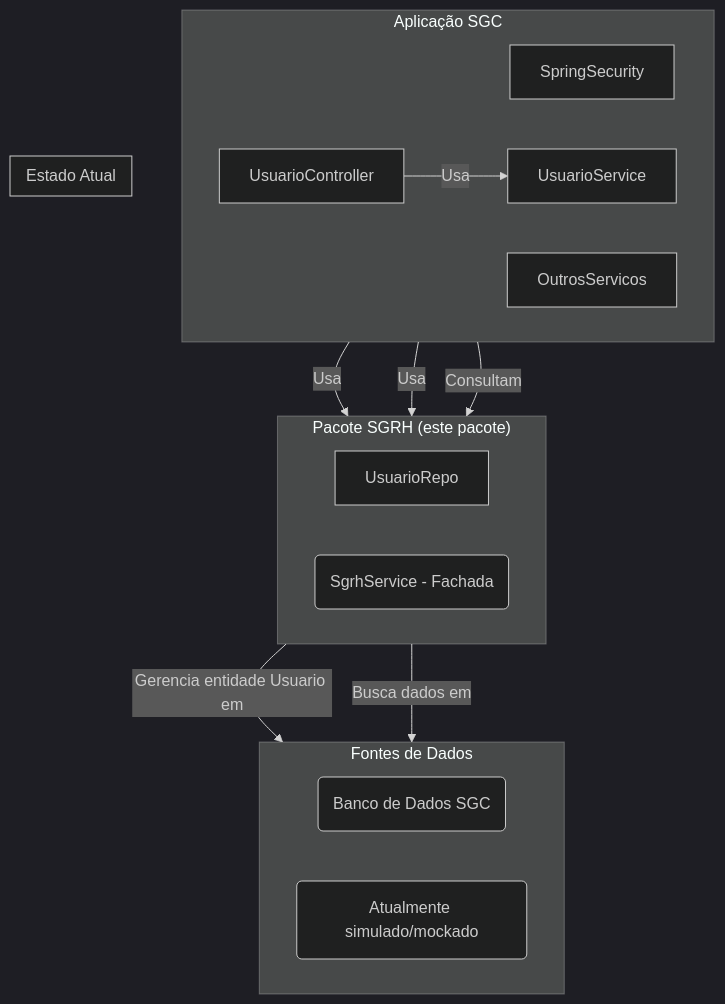
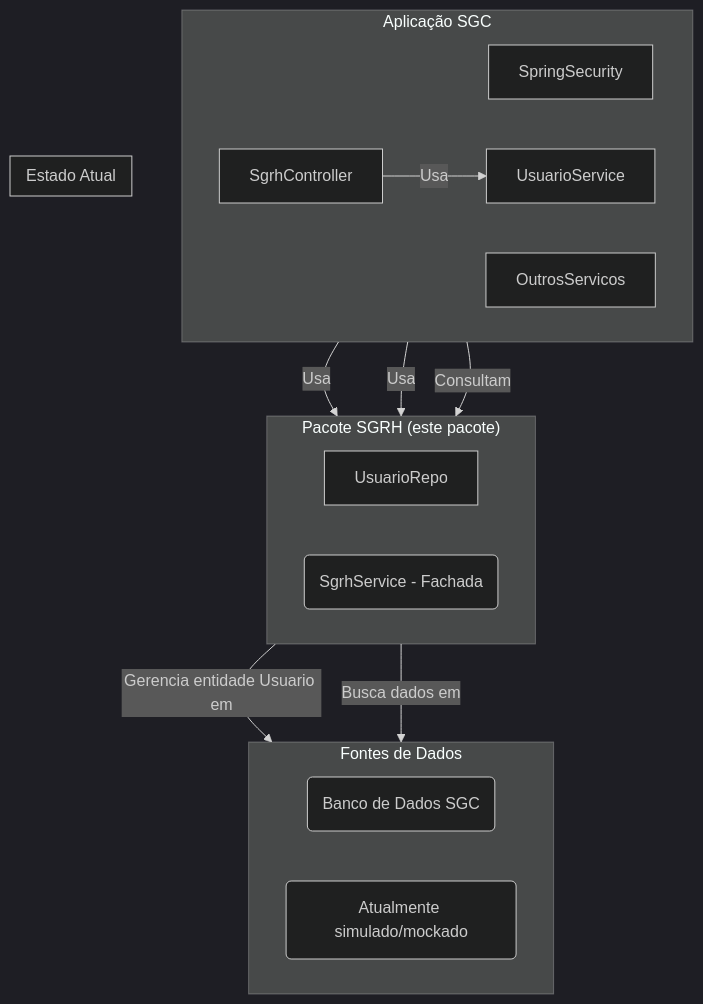
Before and after one commit to lgalvao/sgc: the diagram in backend/src/main/java/sgc/sgrh/README.md, drawn with Mermaid (dark theme). The commit also changed other lines of this file and 15 other files, not shown here.

````diff
--- a/backend/src/main/java/sgc/sgrh/README.md
+++ b/backend/src/main/java/sgc/sgrh/README.md
@@ -14,33 +14,33 @@
 ```mermaid
 graph TD
     subgraph "Aplicação SGC"
         direction LR
         SpringSecurity
         OutrosServicos
-        UsuarioController
+        SgrhController
         UsuarioService
     end
 
     subgraph "Pacote SGRH (este pacote)"
         direction LR
         UsuarioRepo
         SgrhServiceFacade(SgrhService - Fachada)
     end
 
     subgraph "Fontes de Dados"
         direction LR
         DB_SGC(Banco de Dados SGC)
         SGRH_Externo(Sistema Externo de RH)
     end
 
     SpringSecurity & UsuarioService -- Usa --> UsuarioRepo
     UsuarioRepo -- Gerencia entidade Usuario em --> DB_SGC
-    UsuarioController -- Usa --> UsuarioService
+    SgrhController -- Usa --> UsuarioService
 
     OutrosServicos -- Consultam --> SgrhServiceFacade
     SgrhServiceFacade -- Busca dados em --> SGRH_Externo
 
     subgraph "Estado Atual"
        SGRH_Externo(Atualmente simulado/mockado)
     end
 ```
````
